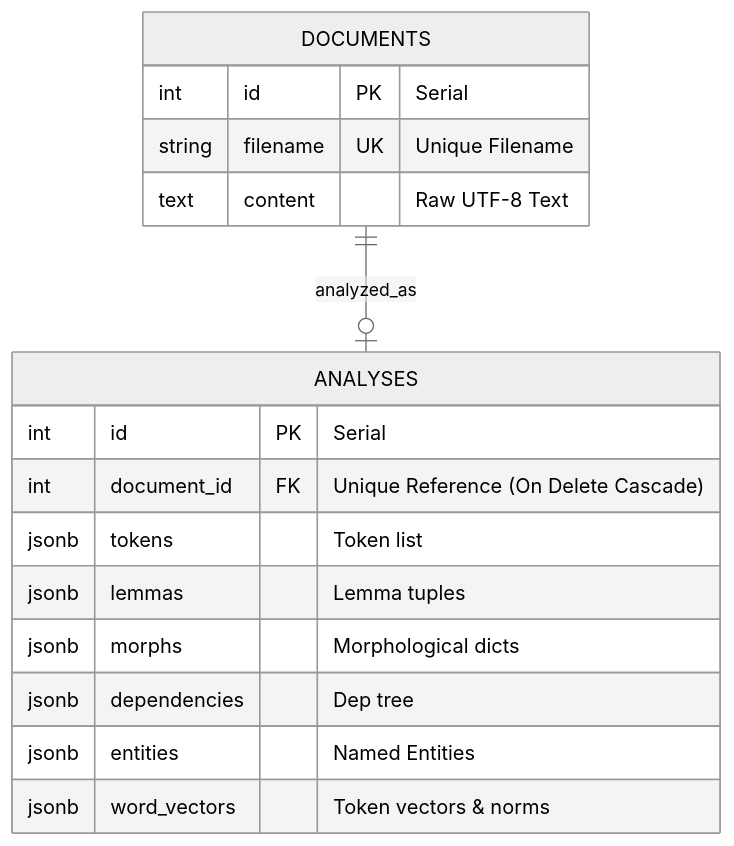
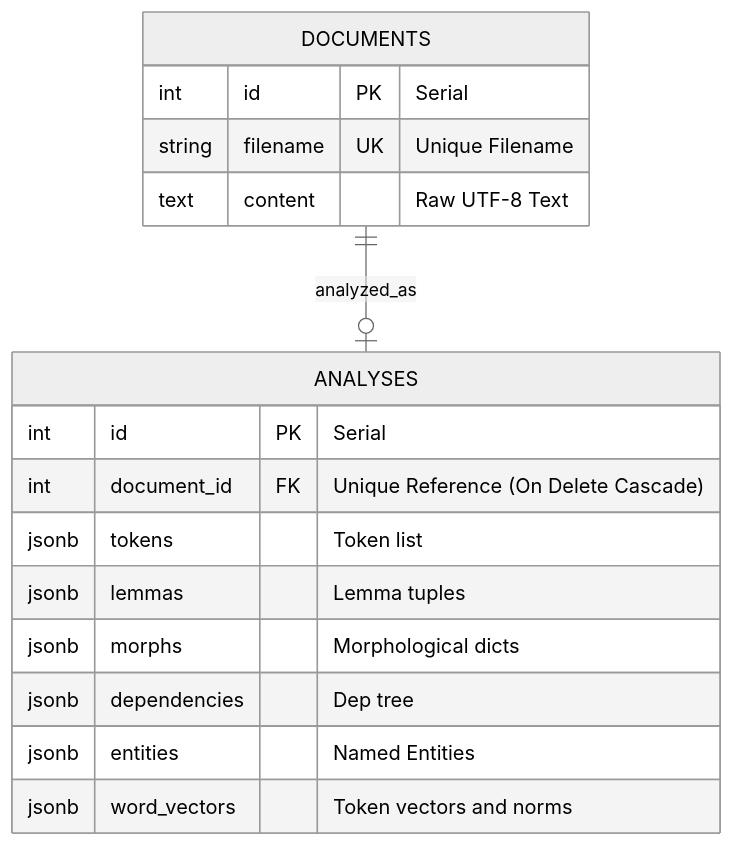
Before and after one commit to AG7-ES/nlp-pipeline-repo: the third of 4 diagrams in README.md, drawn with Mermaid (neutral theme). The commit also changed other lines of this file, not shown here.

````diff
--- a/README.md
+++ b/README.md
@@ -355,19 +389,19 @@
 ```mermaid
 erDiagram
     DOCUMENTS ||--o| ANALYSES : "analyzed_as"
     DOCUMENTS {
         int id PK "Serial"
         string filename UK "Unique Filename"
         text content "Raw UTF-8 Text"
     }
     ANALYSES {
         int id PK "Serial"
         int document_id FK "Unique Reference (On Delete Cascade)"
         jsonb tokens "Token list"
         jsonb lemmas "Lemma tuples"
         jsonb morphs "Morphological dicts"
         jsonb dependencies "Dep tree"
         jsonb entities "Named Entities"
-        jsonb word_vectors "Token vectors & norms"
+        jsonb word_vectors "Token vectors and norms"
     }
 ```
````
